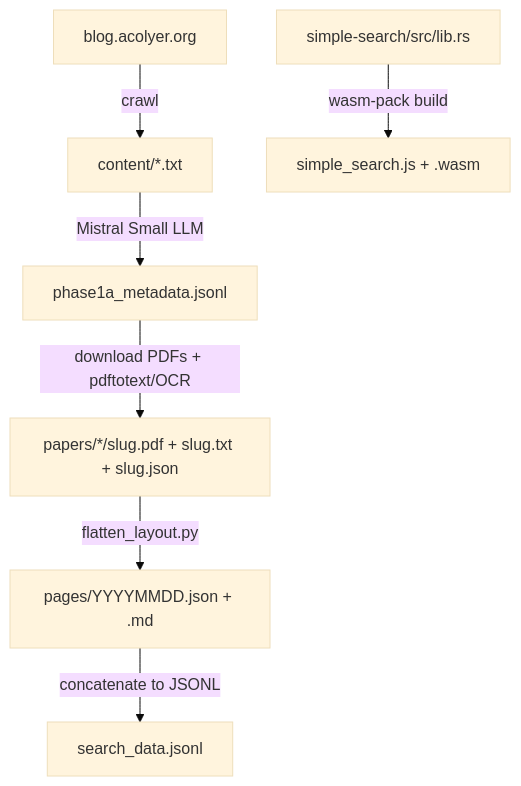
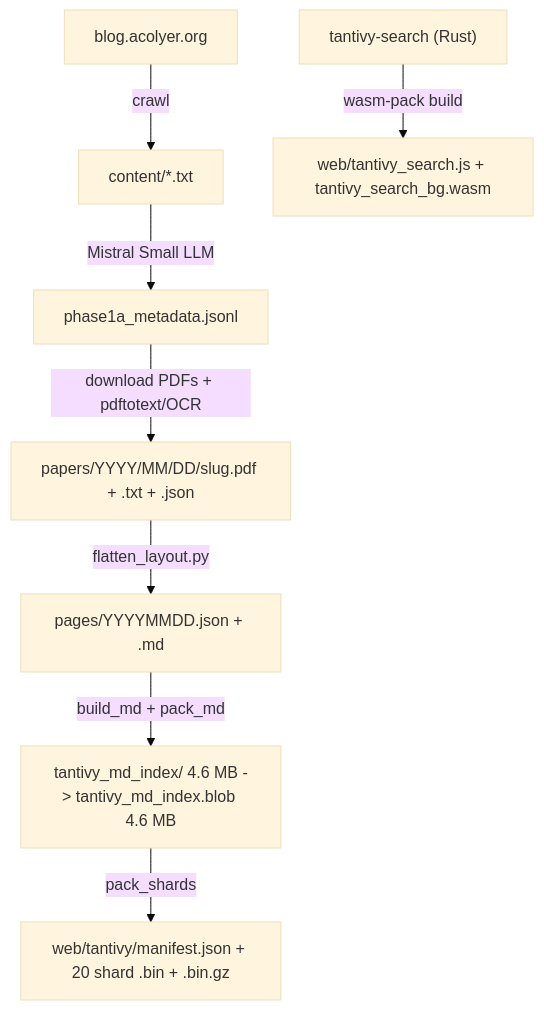
The first of 2 diagrams in README.md (simbo1905/the-morning-paper-archive), drawn with Mermaid (base theme) before and after one commit. The commit also changed other lines of this file and 1 other file, not shown here.

Commit message:
docs: README truth rewrite - tantivy shard pipeline, wire formats, QA gates, measured timings; drop stale web/nginx.conf

````diff
--- a/README.md
+++ b/README.md
@@ -15,9 +15,10 @@
 ```mermaid
 flowchart TD
     blog["blog.acolyer.org"] -->|crawl| content["content/*.txt"]
     content -->|Mistral Small LLM| metadata["phase1a_metadata.jsonl"]
-    metadata -->|download PDFs + pdftotext/OCR| papers["papers/*/slug.pdf + slug.txt + slug.json"]
+    metadata -->|download PDFs + pdftotext/OCR| papers["papers/YYYY/MM/DD/slug.pdf + .txt + .json"]
     papers -->|flatten_layout.py| pages["pages/YYYYMMDD.json + .md"]
-    pages -->|concatenate to JSONL| jsonl["search_data.jsonl"]
-    rust["simple-search/src/lib.rs"] -->|wasm-pack build| wasm["simple_search.js + .wasm"]
+    pages -->|build_md + pack_md| blob["tantivy_md_index/ 4.6 MB -> tantivy_md_index.blob 4.6 MB"]
+    blob -->|pack_shards| shards["web/tantivy/manifest.json + 20 shard .bin + .bin.gz"]
+    wasmcrate["tantivy-search (Rust)"] -->|wasm-pack build| wasm["web/tantivy_search.js + tantivy_search_bg.wasm"]
 ```
````
